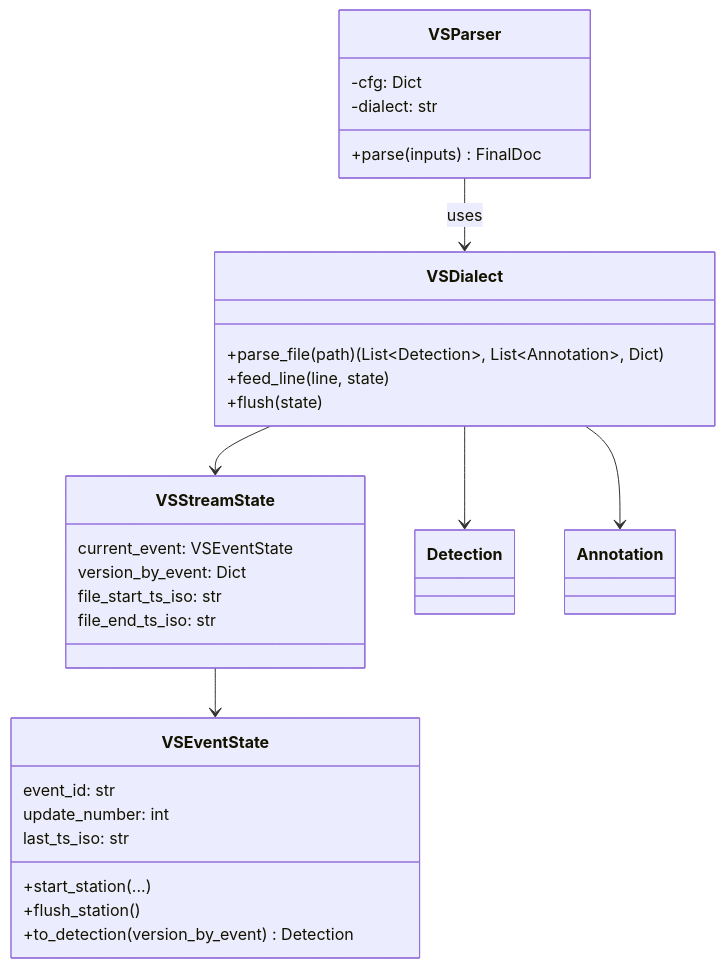
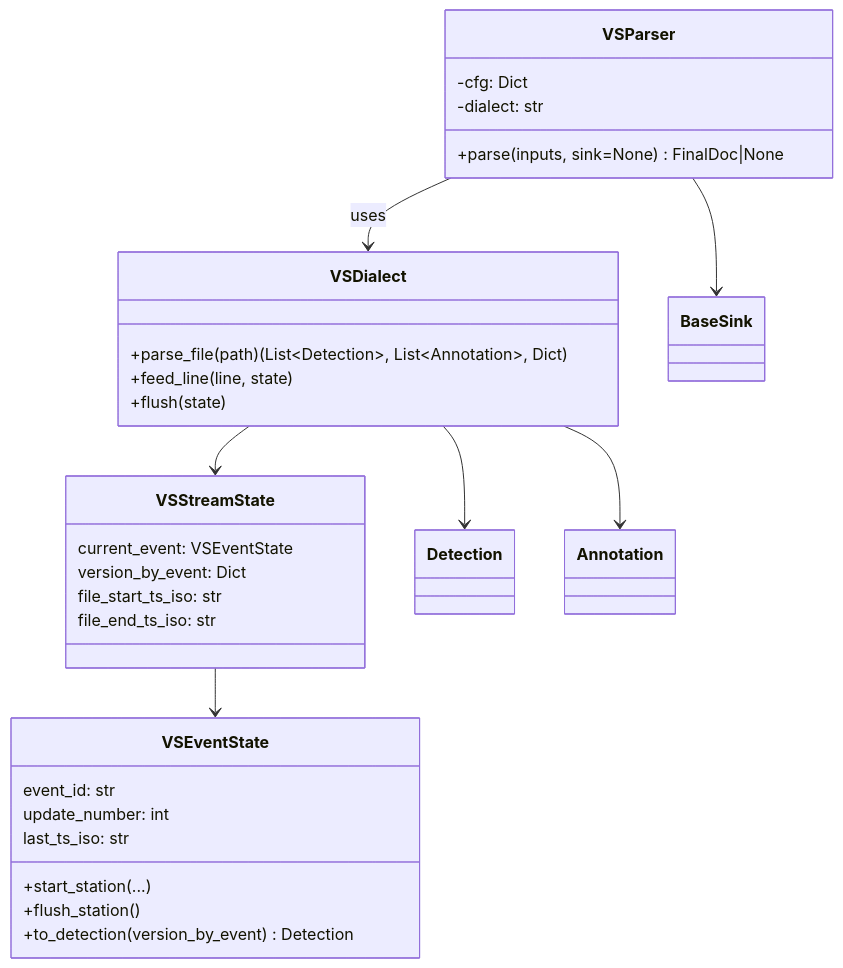
One commit to eewpw/eewpw-parser changed the second of 3 diagrams in docs/class_diagram.md. Above: the diagram before and after it, drawn with Mermaid. The commit also changed other lines of this file and 19 other files, not shown here.

````diff
--- a/docs/class_diagram.md
+++ b/docs/class_diagram.md
@@ -40,34 +41,35 @@
 ```mermaid
 classDiagram
     class VSParser {
       -cfg: Dict
       -dialect: str
-      +parse(inputs) FinalDoc
+      +parse(inputs, sink=None) FinalDoc|None
     }
     class VSDialect {
       +parse_file(path) (List~Detection~, List~Annotation~, Dict)
       +feed_line(line, state)
       +flush(state)
     }
     class VSStreamState {
       current_event: VSEventState
       version_by_event: Dict
       file_start_ts_iso: str
       file_end_ts_iso: str
     }
     class VSEventState {
       event_id: str
       update_number: int
       last_ts_iso: str
       +start_station(...)
       +flush_station()
       +to_detection(version_by_event) Detection
     }
     class Detection
     class Annotation
     VSParser --> VSDialect : uses
     VSDialect --> VSStreamState
     VSStreamState --> VSEventState
     VSDialect --> Detection
     VSDialect --> Annotation
+    VSParser --> BaseSink
 ```
````
